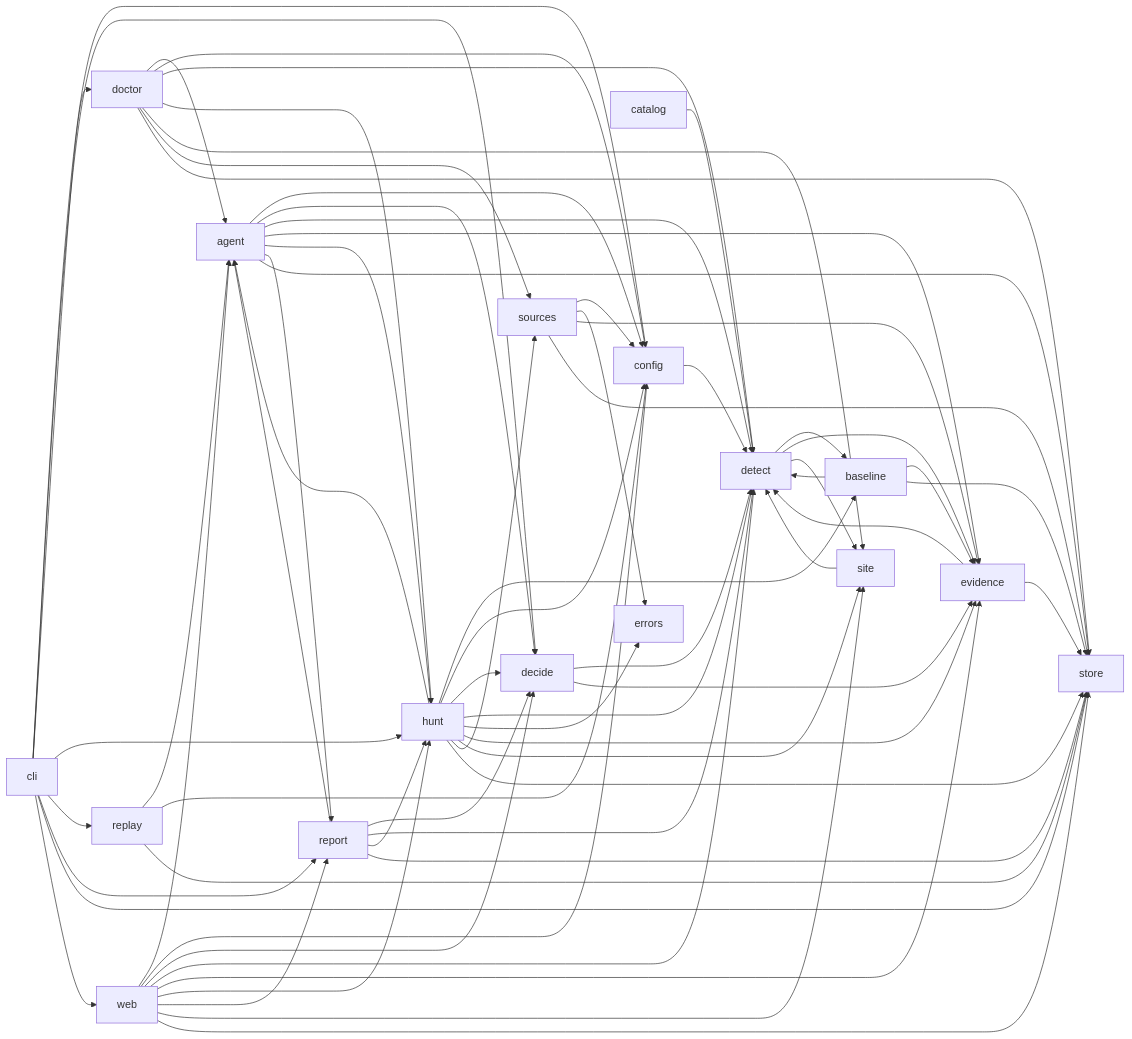
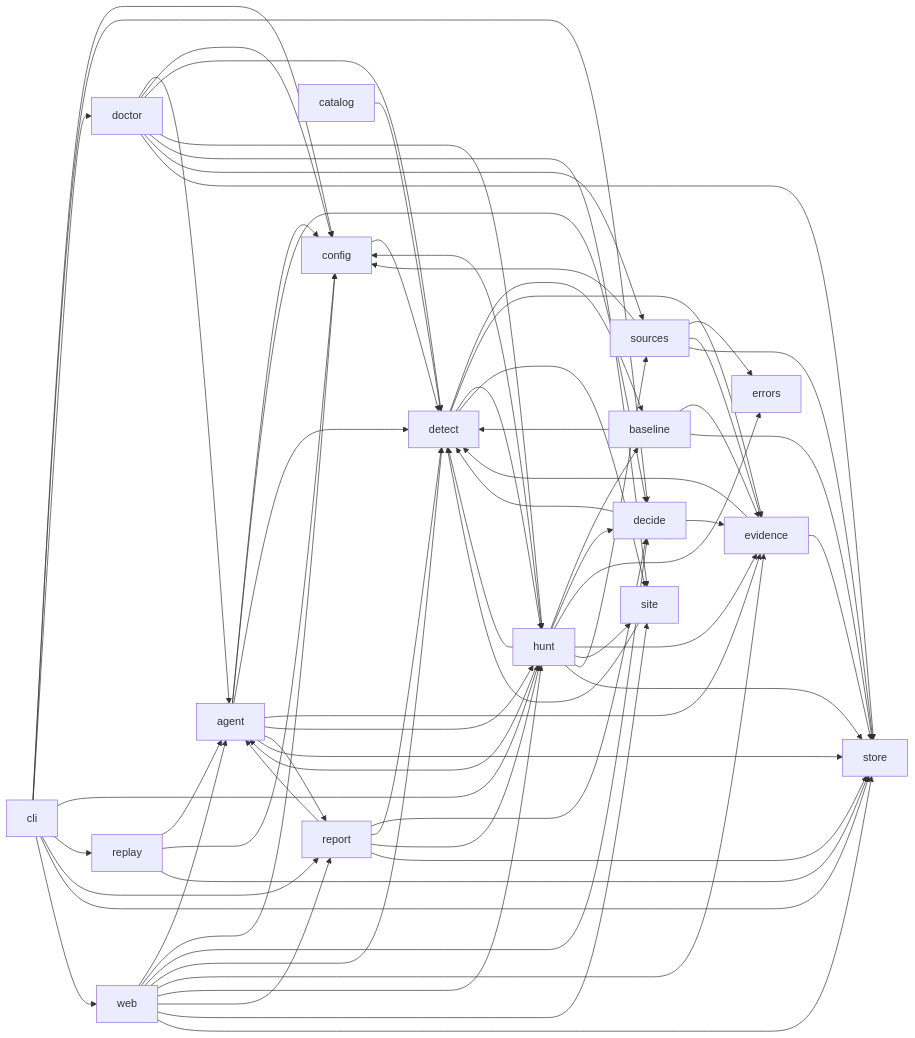
Before and after one commit to nickthabib-cloud/ROMULUS: the diagram in docs/architecture/MODULE_MAP.md, drawn with Mermaid. The commit also changed other lines of this file and 28 other files, not shown here.

````diff
--- a/docs/architecture/MODULE_MAP.md
+++ b/docs/architecture/MODULE_MAP.md
@@ -208,69 +209,70 @@
 ```mermaid
 graph LR
   agent --> config
   agent --> decide
   agent --> detect
   agent --> evidence
   agent --> hunt
   agent --> report
   agent --> store
   baseline --> detect
   baseline --> evidence
   baseline --> store
   catalog --> detect
   cli --> config
   cli --> decide
   cli --> doctor
   cli --> hunt
   cli --> replay
   cli --> report
   cli --> store
   cli --> web
   config --> detect
   decide --> detect
   decide --> evidence
   detect --> baseline
   detect --> evidence
+  detect --> hunt
   detect --> site
   doctor --> agent
   doctor --> config
   doctor --> detect
   doctor --> hunt
   doctor --> site
   doctor --> sources
   doctor --> store
   evidence --> detect
   evidence --> store
   hunt --> agent
   hunt --> baseline
   hunt --> config
   hunt --> decide
   hunt --> detect
   hunt --> errors
   hunt --> evidence
   hunt --> site
   hunt --> sources
   hunt --> store
   replay --> agent
   replay --> config
   replay --> store
   report --> agent
   report --> decide
   report --> detect
   report --> hunt
   report --> store
   site --> detect
   sources --> config
   sources --> errors
   sources --> evidence
   sources --> store
   web --> agent
   web --> config
   web --> decide
   web --> detect
   web --> evidence
   web --> hunt
   web --> report
   web --> site
   web --> store
 ```
````
